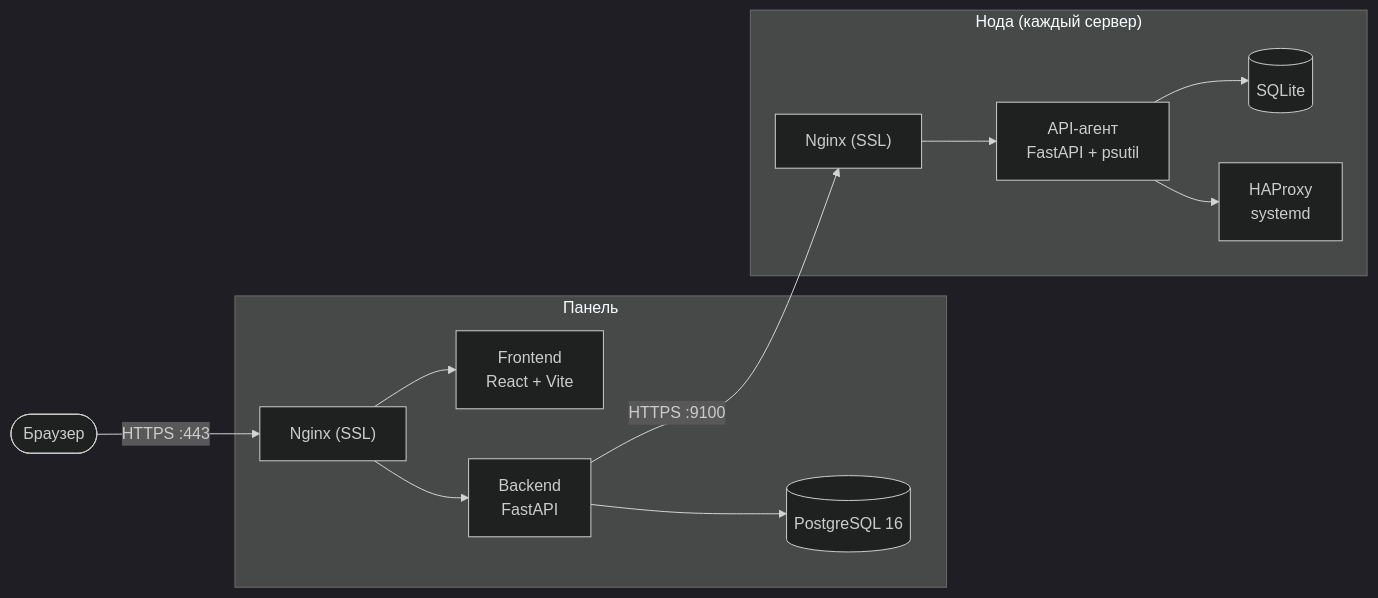
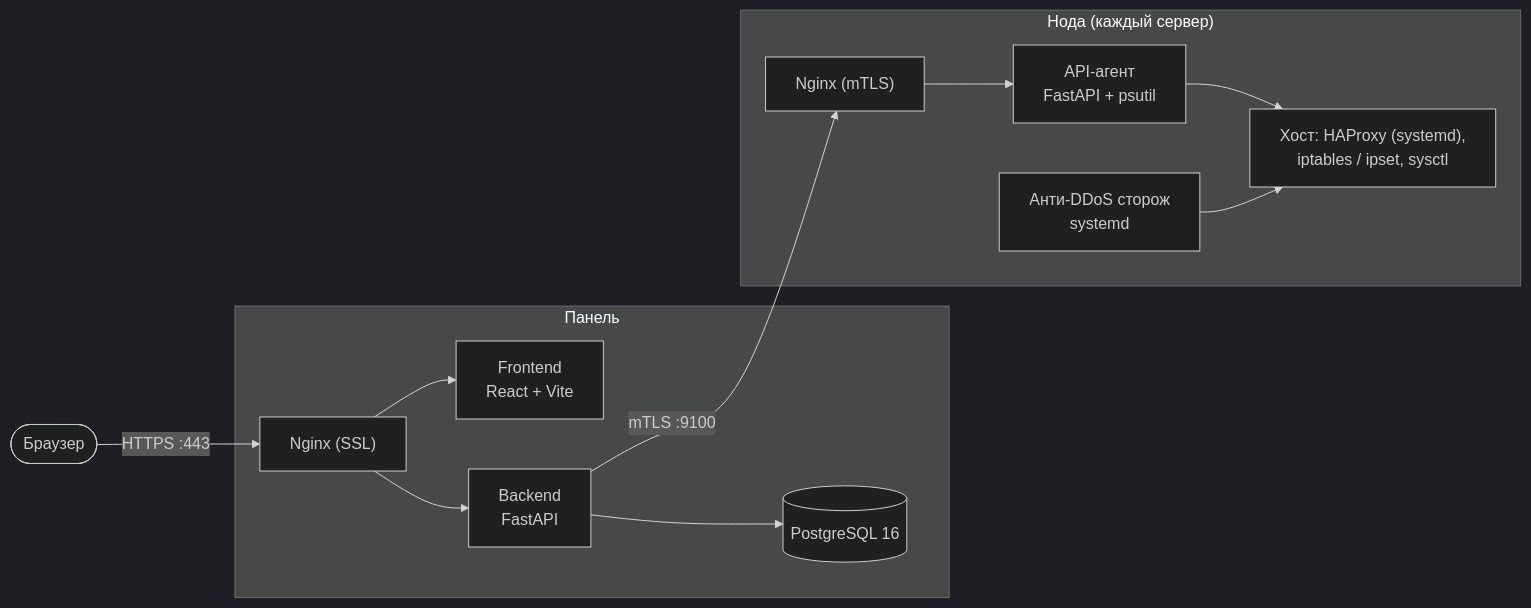
One commit to Joliz1337/monitoring changed the diagram in README.md. Above: the diagram before and after it, drawn with Mermaid (dark theme). The commit also changed other lines of this file and 1 other file, not shown here.

````diff
--- a/README.md
+++ b/README.md
@@ -174,18 +201,18 @@
 ```mermaid
 flowchart LR
     Browser(["Браузер"]) -->|"HTTPS :443"| PNginx
 
     subgraph Panel["Панель"]
         PNginx["Nginx (SSL)"] --> Frontend["Frontend<br>React + Vite"]
         PNginx --> Backend["Backend<br>FastAPI"]
         Backend --> PG[("PostgreSQL 16")]
     end
 
-    Backend -->|"HTTPS :9100"| NNginx
+    Backend -->|"mTLS :9100"| NNginx
 
     subgraph Node["Нода (каждый сервер)"]
-        NNginx["Nginx (SSL)"] --> Agent["API-агент<br>FastAPI + psutil"]
-        Agent --> SQLite[("SQLite")]
-        Agent --> HAProxy["HAProxy<br>systemd"]
+        NNginx["Nginx (mTLS)"] --> Agent["API-агент<br>FastAPI + psutil"]
+        Agent --> Host["Хост: HAProxy (systemd),<br>iptables / ipset, sysctl"]
+        Watchdog["Анти-DDoS сторож<br>systemd"] --> Host
     end
 ```
````
